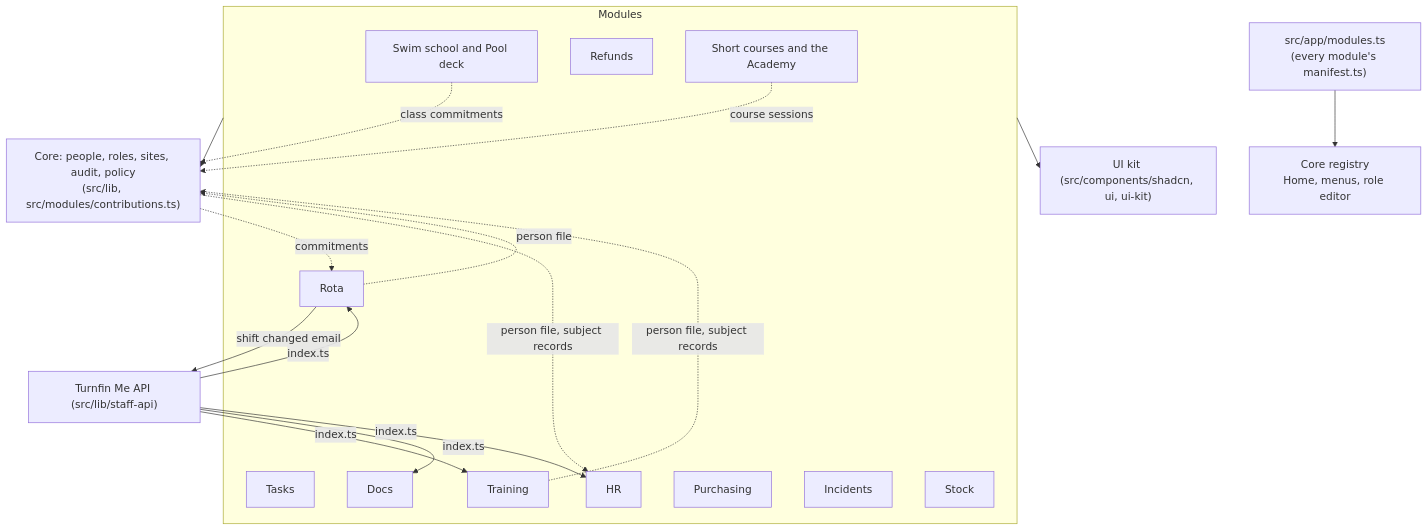
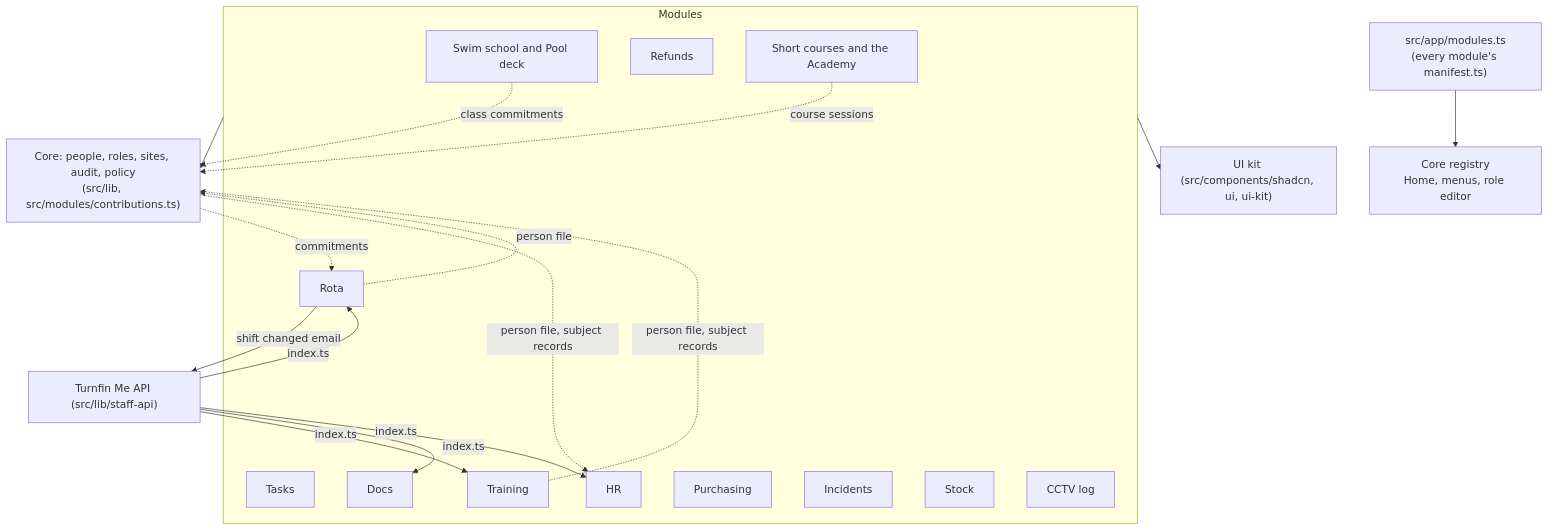
One commit to Nandui/Swimly changed the diagram in docs/architecture/README.md. Above: the diagram before and after it, drawn with Mermaid. The commit also changed other lines of this file and 49 other files, not shown here.

First line of the commit message:
feat(cctv): Managers group and the CCTV log (1.44.0)

````diff
--- a/docs/architecture/README.md
+++ b/docs/architecture/README.md
@@ -48,21 +49,21 @@
 ```mermaid
 flowchart TB
   list["src/app/modules.ts<br/>(every module's manifest.ts)"] --> registry["Core registry<br/>Home, menus, role editor"]
   subgraph Modules
     activities[Swim school and Pool deck]; refunds[Refunds]; tasks[Tasks]
-    rota[Rota]; training[Training]; docs[Docs]; hr[HR]; purchasing[Purchasing]; incidents[Incidents]; shortcourses[Short courses and the Academy]; stock[Stock]
+    rota[Rota]; training[Training]; docs[Docs]; hr[HR]; purchasing[Purchasing]; incidents[Incidents]; shortcourses[Short courses and the Academy]; stock[Stock]; cctv[CCTV log]
   end
   Modules --> core["Core: people, roles, sites, audit, policy<br/>(src/lib, src/modules/contributions.ts)"]
   Modules --> ui["UI kit (src/components/shadcn, ui, ui-kit)"]
   activities -.->|class commitments| core
   shortcourses -.->|course sessions| core
   core -.->|commitments| rota
   training -.->|person file, subject records| core
   rota -.->|person file| core
   core -.->|person file, subject records| hr
   rota -->|shift changed email| me
   me["Turnfin Me API (src/lib/staff-api)"] -->|index.ts| training
   me -->|index.ts| docs
   me -->|index.ts| hr
   me -->|index.ts| rota
 ```
````
